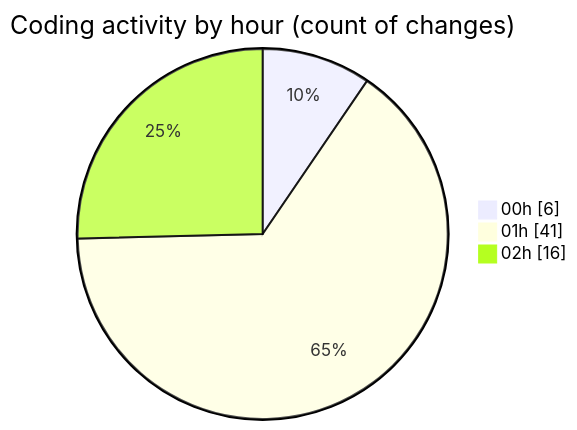
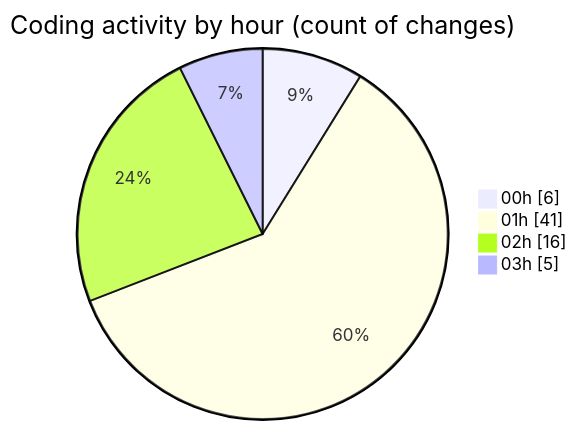
Before and after one commit to JenPaints/code-tracking: the second of 2 diagrams in 2025-06-22/archive/README.md, drawn with Mermaid. The commit also changed other lines of this file and 1 other file, not shown here.

````diff
--- a/2025-06-22/archive/README.md
+++ b/2025-06-22/archive/README.md
@@ -35,7 +35,8 @@
 ```mermaid
 pie showData
 title Coding activity by hour (count of changes)
 "00h" : 6
 "01h" : 41
 "02h" : 16
+"03h" : 5
 ```
````
